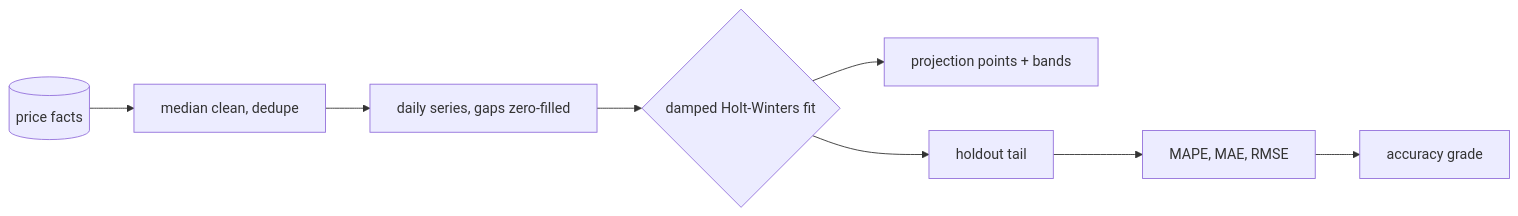
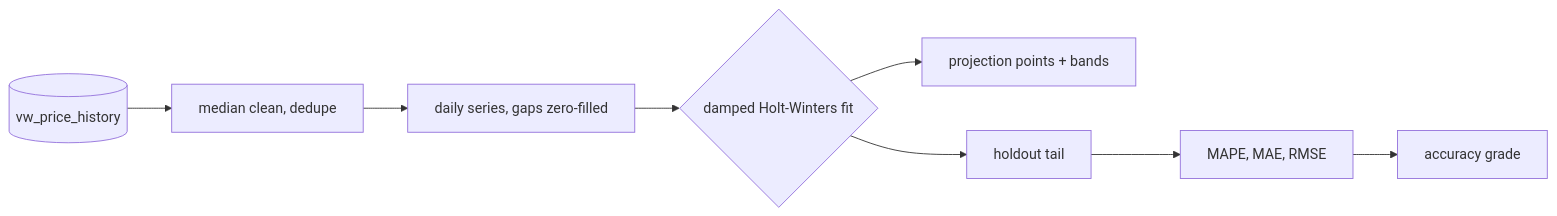
Before and after one commit to Ahmedbakr78/Web-to-Warehouse-Product-Intelligence-Pipeline: the first of 2 diagrams in docs/25_forecasting_and_anomaly_detection.md, drawn with Mermaid. The commit also changed other lines of this file and 10 other files, not shown here.

````diff
--- a/docs/25_forecasting_and_anomaly_detection.md
+++ b/docs/25_forecasting_and_anomaly_detection.md
@@ -46,10 +46,10 @@
 ```mermaid
 flowchart LR
-  facts[(price facts)] --> clean[median clean, dedupe]
+  views[(vw_price_history)] --> clean[median clean, dedupe]
   clean --> series[daily series, gaps zero-filled]
   series --> fit{damped Holt-Winters fit}
   fit --> points[projection points + bands]
   fit --> holdout[holdout tail]
   holdout --> metrics[MAPE, MAE, RMSE]
   metrics --> grade[accuracy grade]
 ```
````
